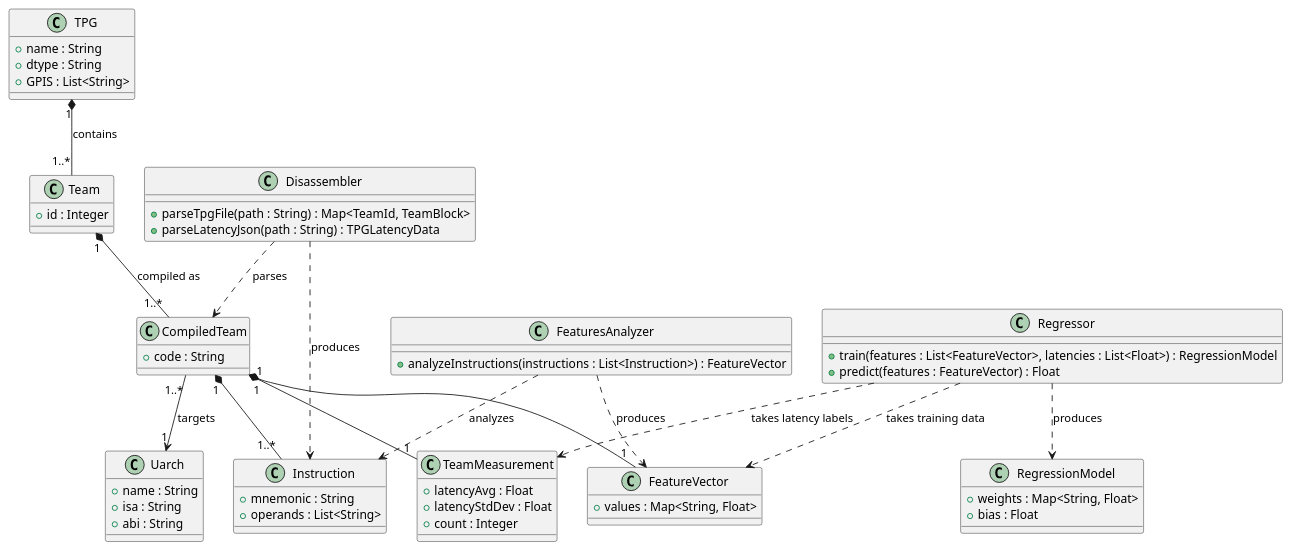
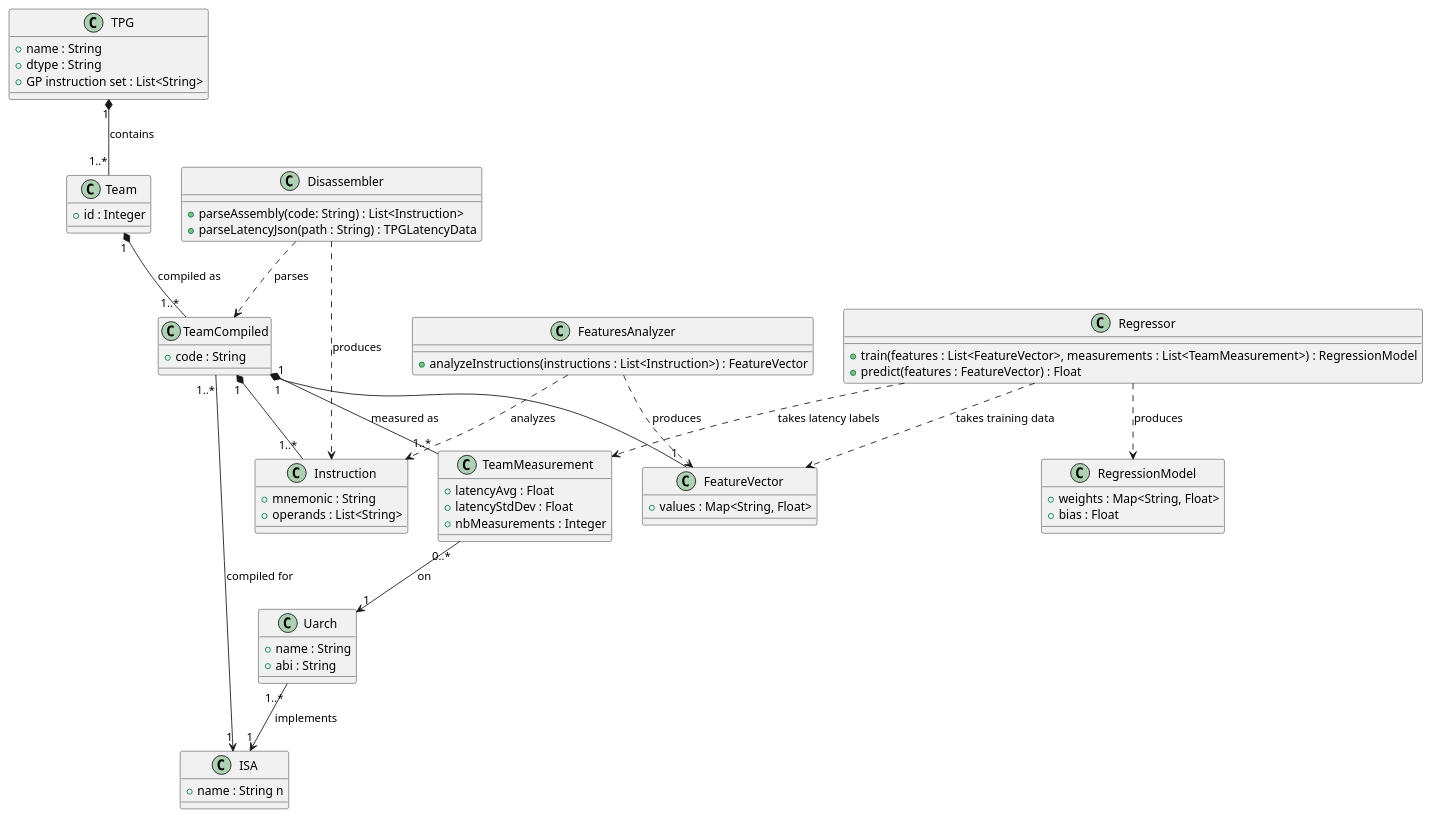
The diagram in classes_diag.wsd (allpaul0/uarch_modeling_tpg), drawn with PlantUML before and after one commit. The commit also changed 9 other files, not shown here.

```diff
--- a/classes_diag.wsd
+++ b/classes_diag.wsd
@@ -1,96 +1,82 @@
 @startuml
 
-' =====================================
-' TPG DOMAIN
-' =====================================
+' ========= V2 =========
 
+' ===== TPG DOMAIN =====
 class TPG {
     + name : String
     + dtype : String
-    + GPIS : List<String>
+    + GP instruction set : List<String>
+}
+class Team { 
+    + id : Integer 
 }
 
-class Team {
-    + id : Integer
-}
-
-class CompiledTeam {
+class TeamCompiled { 
     + code : String
 }
 
 class Instruction {
     + mnemonic : String
     + operands : List<String>
 }
 
 TPG "1" *-- "1..*" Team : contains
-Team "1" *-- "1..*" CompiledTeam : compiled as
+Team "1" *-- "1..*" TeamCompiled : compiled as
+TeamCompiled "1" *-- "1..*" Instruction
 
-' =====================================
-' MICROARCHITECTURE
-' =====================================
+' ===== COMPILATION TARGET (assembly level) =====
+class ISA {
+    + name : String n
+}
+TeamCompiled "1..*" --> "1" ISA : compiled for
 
+' ===== STATIC FEATURES (per compiled binary, ISA-determined) =====
+class FeatureVector {
+    + values : Map<String, Float>
+}
+TeamCompiled "1" *-- "1" FeatureVector
+
+' ===== MICROARCHITECTURE =====
 class Uarch {
     + name : String
-    + isa : String
     + abi : String
 }
+Uarch "1..*" --> "1" ISA : implements
 
-CompiledTeam "1..*" --> "1" Uarch : targets
-
-' =====================================
-' MEASURED PERFORMANCE
-' =====================================
-
+' ===== THE HUB: one measurement = one (TeamCompiled, Uarch) point =====
 class TeamMeasurement {
     + latencyAvg : Float
     + latencyStdDev : Float
-    + count : Integer
+    + nbMeasurements : Integer
 }
+TeamCompiled "1" *-- "1..*" TeamMeasurement : measured as
+TeamMeasurement "0..*" --> "1" Uarch : on
 
-CompiledTeam "1" *-- "1" TeamMeasurement
-
-' =====================================
-' FEATURE EXTRACTION
-' =====================================
-
-class FeatureVector {
-    + values : Map<String, Float>
-}
-
-CompiledTeam "1" *-- "1..*" Instruction
-CompiledTeam "1" *-- "1" FeatureVector
-
+' ===== TOOLING =====
 class Disassembler {
-    + parseTpgFile(path : String) : Map<TeamId, TeamBlock>
+    + parseAssembly(code: String) : List<Instruction>
     + parseLatencyJson(path : String) : TPGLatencyData
 }
-
 class FeaturesAnalyzer {
     + analyzeInstructions(instructions : List<Instruction>) : FeatureVector
 }
-
-Disassembler ..> CompiledTeam : parses
-Disassembler ..> Instruction : produces
-FeaturesAnalyzer ..> Instruction : analyzes
+Disassembler   ..> TeamCompiled : parses
+Disassembler   ..> Instruction  : produces
+FeaturesAnalyzer ..> Instruction  : analyzes
 FeaturesAnalyzer ..> FeatureVector : produces
 
-' =====================================
-' LATENCY MODEL
-' =====================================
-
+' ===== LATENCY MODEL =====
 class RegressionModel {
     + weights : Map<String, Float>
     + bias : Float
 }
-
 class Regressor {
-    + train(features : List<FeatureVector>, latencies : List<Float>) : RegressionModel
+    + train(features : List<FeatureVector>, measurements : List<TeamMeasurement>) : RegressionModel
     + predict(features : FeatureVector) : Float
 }
-
 Regressor ..> RegressionModel : produces
 Regressor ..> FeatureVector : takes training data
 Regressor ..> TeamMeasurement : takes latency labels
 
 @enduml
```
